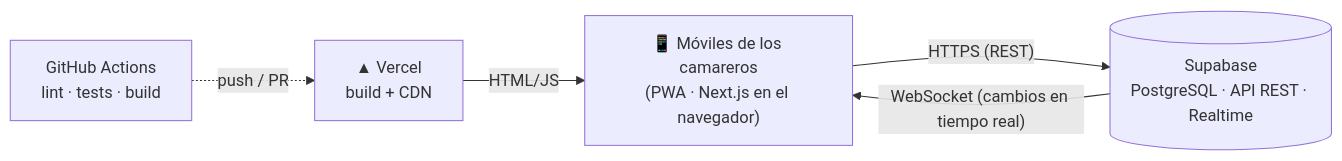
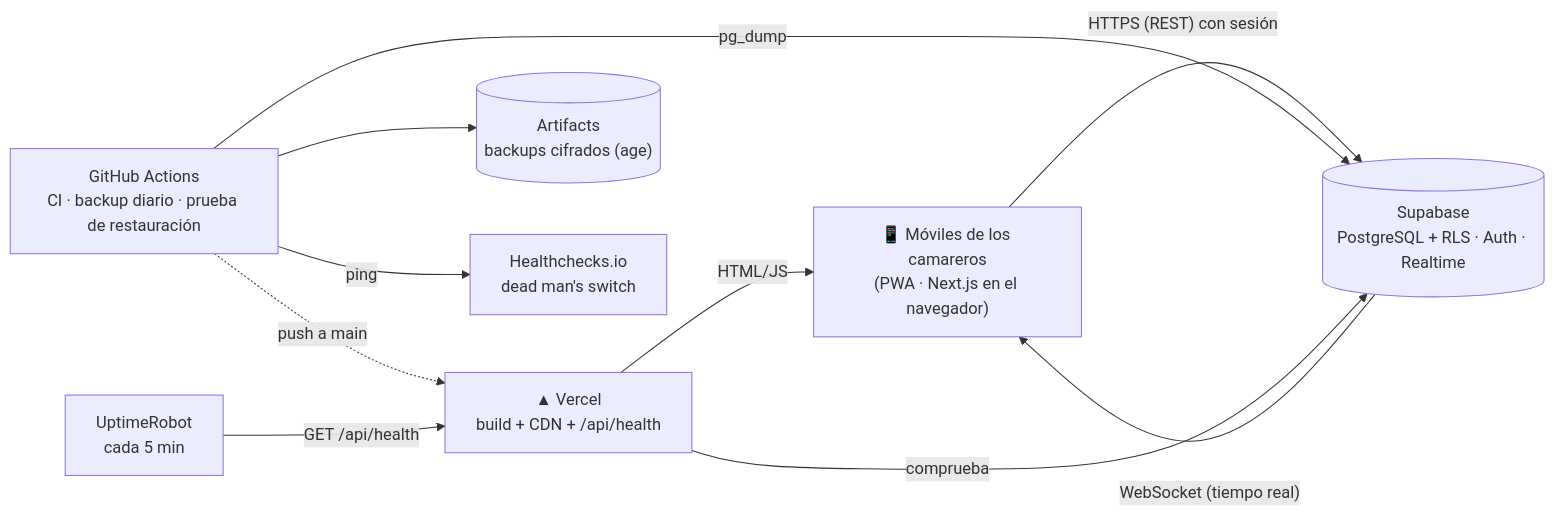
One commit to M0r3n0SVQ/timbre-tpv-portfolio changed the diagram in README.md. Above: the diagram before and after it, drawn with Mermaid. The commit also changed other lines of this file and 2 other files, not shown here.

Commit message:
Runbook de incidencias

````diff
--- a/README.md
+++ b/README.md
@@ -22,12 +22,20 @@
 ```mermaid
 flowchart LR
     M["📱 Móviles de los camareros<br/>(PWA · Next.js en el navegador)"]
-    V["▲ Vercel<br/>build + CDN"]
-    S[("Supabase<br/>PostgreSQL · API REST · Realtime")]
-    G["GitHub Actions<br/>lint · tests · build"]
+    V["▲ Vercel<br/>build + CDN + /api/health"]
+    S[("Supabase<br/>PostgreSQL + RLS · Auth · Realtime")]
+    G["GitHub Actions<br/>CI · backup diario · prueba de restauración"]
+    A[("Artifacts<br/>backups cifrados (age)")]
+    U["UptimeRobot<br/>cada 5 min"]
+    H["Healthchecks.io<br/>dead man's switch"]
 
-    G -. push / PR .-> V
+    G -. push a main .-> V
     V -- HTML/JS --> M
-    M -- "HTTPS (REST)" --> S
-    S -- "WebSocket (cambios en tiempo real)" --> M
+    M -- "HTTPS (REST) con sesión" --> S
+    S -- "WebSocket (tiempo real)" --> M
+    G -- "pg_dump" --> S
+    G --> A
+    U -- "GET /api/health" --> V
+    V -- "comprueba" --> S
+    G -- "ping" --> H
 ```
````
